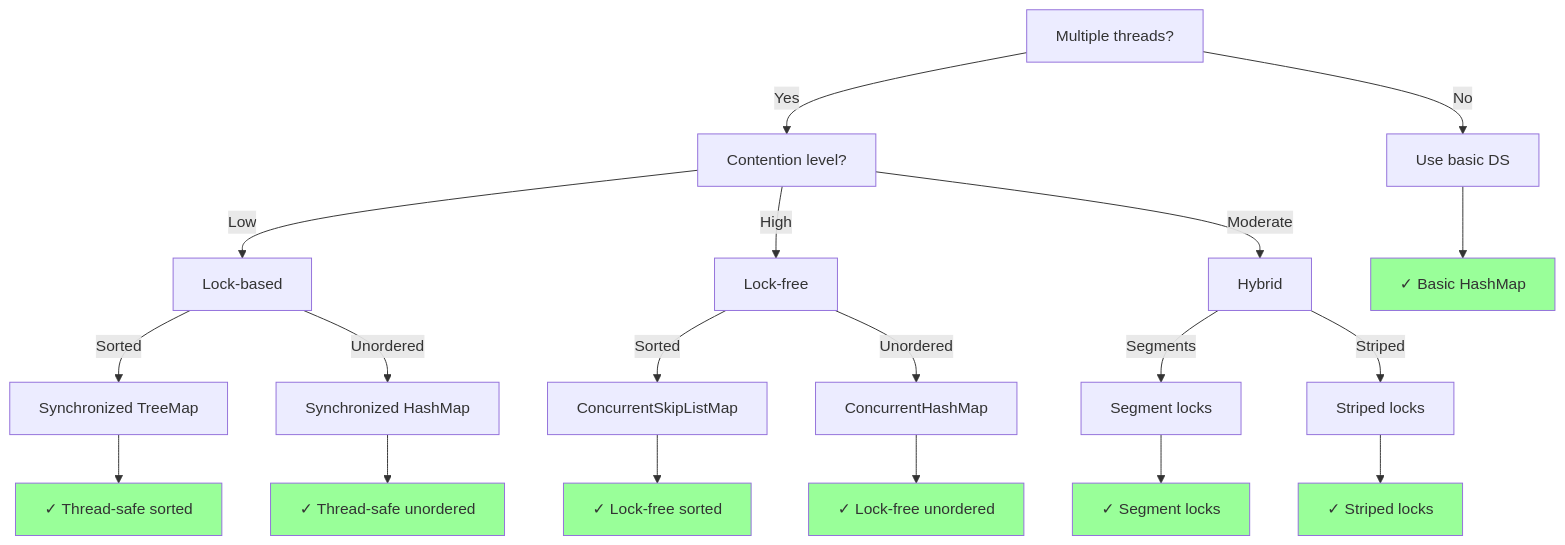
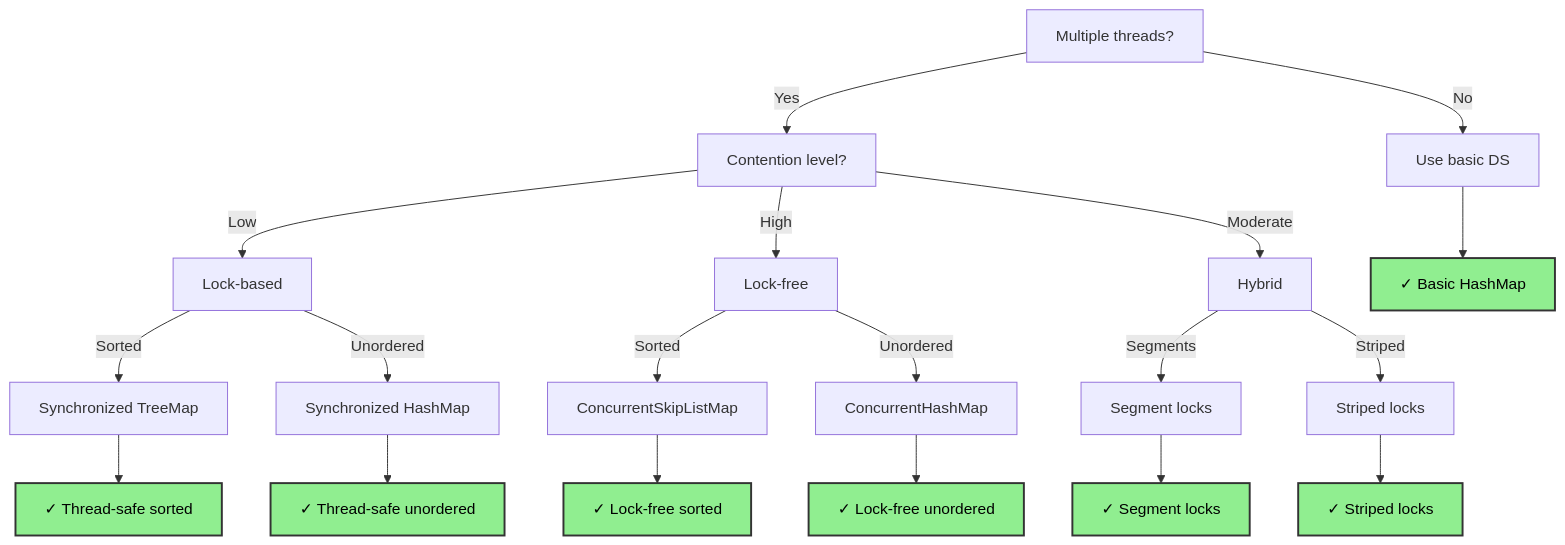
One commit to souradeepta/interviewprep changed the sixth of 8 diagrams in docs/guides/ds_selection_guide.md. Above: the diagram before and after it, drawn with Mermaid. The commit also changed other lines of this file and 31 other files, not shown here.

Commit message:
updated graphs

````diff
--- a/docs/guides/ds_selection_guide.md
+++ b/docs/guides/ds_selection_guide.md
@@ -351,34 +351,34 @@
 ```mermaid
 graph TD
     A["Multiple threads?"] -->|No| B["Use basic DS"]
     A -->|Yes| C["Contention level?"]
     
     C -->|Low| D["Lock-based"]
     C -->|High| E["Lock-free"]
     C -->|Moderate| F["Hybrid"]
     
     D -->|Sorted| G["Synchronized TreeMap"]
     D -->|Unordered| H["Synchronized HashMap"]
     
     E -->|Sorted| I["ConcurrentSkipListMap"]
     E -->|Unordered| J["ConcurrentHashMap"]
     
     F -->|Segments| K["Segment locks"]
     F -->|Striped| L["Striped locks"]
     
     B --> M["✓ Basic HashMap"]
     G --> N["✓ Thread-safe sorted"]
     H --> O["✓ Thread-safe unordered"]
     I --> P["✓ Lock-free sorted"]
     J --> Q["✓ Lock-free unordered"]
     K --> R["✓ Segment locks"]
     L --> S["✓ Striped locks"]
     
-    style M fill:#99ff99
-    style N fill:#99ff99
-    style O fill:#99ff99
-    style P fill:#99ff99
-    style Q fill:#99ff99
-    style R fill:#99ff99
-    style S fill:#99ff99
+    style M fill:#90ee90,color:#000,stroke:#333,stroke-width:2px
+    style N fill:#90ee90,color:#000,stroke:#333,stroke-width:2px
+    style O fill:#90ee90,color:#000,stroke:#333,stroke-width:2px
+    style P fill:#90ee90,color:#000,stroke:#333,stroke-width:2px
+    style Q fill:#90ee90,color:#000,stroke:#333,stroke-width:2px
+    style R fill:#90ee90,color:#000,stroke:#333,stroke-width:2px
+    style S fill:#90ee90,color:#000,stroke:#333,stroke-width:2px
 ```
````
